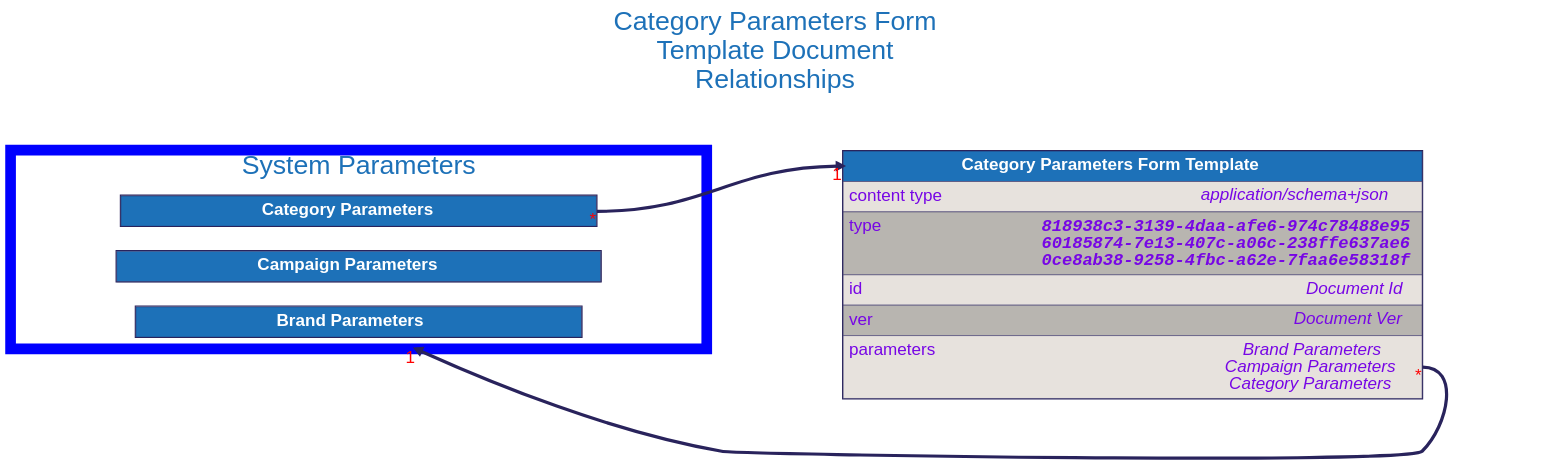
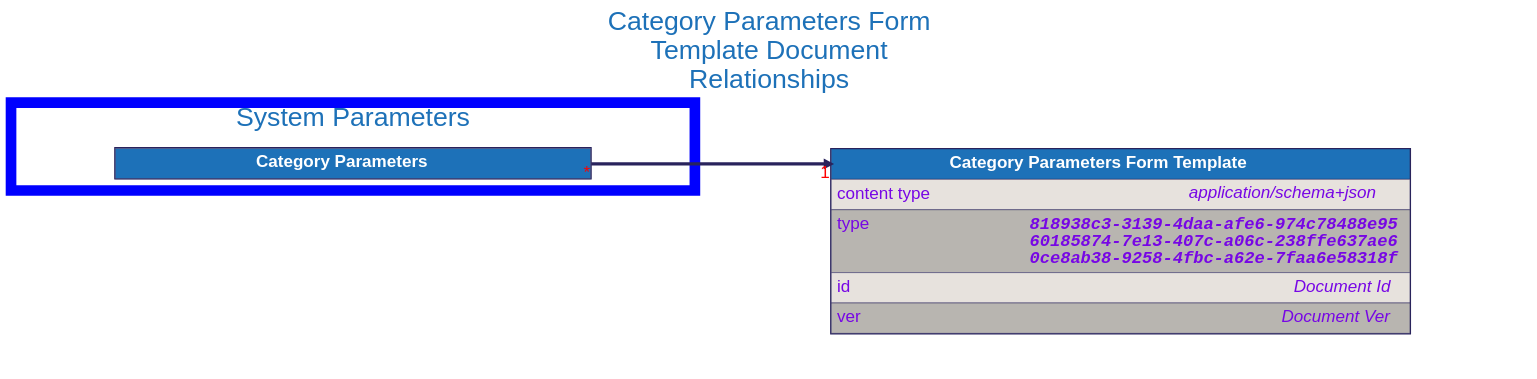
Before and after one commit to input-output-hk/catalyst-libs: the diagram in docs/src/architecture/08_concepts/signed_doc/diagrams/category_parameters_form_template.dot, drawn with Graphviz. The commit also changed 15 other files, not shown here.

```diff
--- a/docs/src/architecture/08_concepts/signed_doc/diagrams/category_parameters_form_template.dot
+++ b/docs/src/architecture/08_concepts/signed_doc/diagrams/category_parameters_form_template.dot
@@ -1,135 +1,94 @@
 digraph "Category Parameters Form Template" {
     rankdir="LR"
     graph [fontname="helvetica", fontsize="32", fontcolor="#29235c", bgcolor="white"];
     node [penwidth="0", margin="0", fontname="helvetica", fontsize="32", fontcolor="#29235c"];
     edge [fontname="helvetica", fontsize="32", fontcolor="red", color="#29235c"];
 
     labelloc="t"
     label="Category Parameters Form
 Template Document
 Relationships"
     fontcolor="#1d71b8"
     fontsize=50
     compound=true
 
 
-
-    subgraph cluster_system_parameters {
-        label = "System Parameters";
-        color=blue
-        penwidth=20
-
-        "Brand Parameters" [
-            id="Brand Parameters";
-            label=<
-                <TABLE BORDER="2" COLOR="#29235c" CELLBORDER="1" CELLSPACING="0" CELLPADDING="10">
-                <TR>
-                    <TD PORT="title" BGCOLOR="#1d71b8" HREF="../brand_parameters/">
-                        <FONT COLOR="#ffffff"><B> Brand Parameters </B></FONT>
-                    </TD>
-                </TR>
-
-                </TABLE>
-            >
-        ];
-
-
-        "Campaign Parameters" [
-            id="Campaign Parameters";
-            label=<
-                <TABLE BORDER="2" COLOR="#29235c" CELLBORDER="1" CELLSPACING="0" CELLPADDING="10">
-                <TR>
-                    <TD PORT="title" BGCOLOR="#1d71b8" HREF="../campaign_parameters/">
-                        <FONT COLOR="#ffffff"><B> Campaign Parameters </B></FONT>
-                    </TD>
-                </TR>
-
-                </TABLE>
-            >
-        ];
-
-
-        "Category Parameters" [
-            id="Category Parameters";
-            label=<
-                <TABLE BORDER="2" COLOR="#29235c" CELLBORDER="1" CELLSPACING="0" CELLPADDING="10">
-                <TR>
-                    <TD PORT="title" BGCOLOR="#1d71b8" HREF="../category_parameters/">
-                        <FONT COLOR="#ffffff"><B> Category Parameters </B></FONT>
-                    </TD>
-                </TR>
-
-                </TABLE>
-            >
-        ];
-
-    }
 
     "Category Parameters Form Template" [
         id="Category Parameters Form Template";
         label=<
             <TABLE BORDER="2" COLOR="#29235c" CELLBORDER="1" CELLSPACING="0" CELLPADDING="10">
             <TR>
                 <TD PORT="title" BGCOLOR="#1d71b8" HREF="../category_parameters_form_template/">
                     <FONT COLOR="#ffffff"><B> Category Parameters Form Template </B></FONT>
                 </TD>
             </TR>
             <TR>
                 <TD ALIGN="LEFT" PORT="content type" BGCOLOR="#e7e2dd">
                     <TABLE CELLPADDING="0" CELLSPACING="0" BORDER="0">
                         <TR>
                             <TD ALIGN="LEFT" VALIGN="TOP" WIDTH="200"><FONT COLOR="#7706E5">content type</FONT></TD>
                             <TD ALIGN="RIGHT"><FONT COLOR="#7706E5"><I>application/schema+json</I></FONT></TD>
                         </TR>
                     </TABLE>
                 </TD>
             </TR>
             <TR>
                 <TD ALIGN="LEFT" PORT="type" BGCOLOR="#b8b5b0">
                     <TABLE CELLPADDING="0" CELLSPACING="0" BORDER="0">
                         <TR>
                             <TD ALIGN="LEFT" VALIGN="TOP" WIDTH="200"><FONT COLOR="#7706E5">type</FONT></TD>
                             <TD ALIGN="RIGHT"><FONT FACE="Courier" COLOR="#7706E5"><B><I>818938c3-3139-4daa-afe6-974c78488e95<BR />60185874-7e13-407c-a06c-238ffe637ae6<BR />0ce8ab38-9258-4fbc-a62e-7faa6e58318f</I></B></FONT></TD>
                         </TR>
                     </TABLE>
                 </TD>
             </TR>
             <TR>
                 <TD ALIGN="LEFT" PORT="id" BGCOLOR="#e7e2dd">
                     <TABLE CELLPADDING="0" CELLSPACING="0" BORDER="0">
                         <TR>
                             <TD ALIGN="LEFT" VALIGN="TOP" WIDTH="200"><FONT COLOR="#7706E5">id</FONT></TD>
                             <TD ALIGN="RIGHT"><FONT COLOR="#7706E5"><I>Document Id</I></FONT></TD>
                         </TR>
                     </TABLE>
                 </TD>
             </TR>
             <TR>
                 <TD ALIGN="LEFT" PORT="ver" BGCOLOR="#b8b5b0">
                     <TABLE CELLPADDING="0" CELLSPACING="0" BORDER="0">
                         <TR>
                             <TD ALIGN="LEFT" VALIGN="TOP" WIDTH="200"><FONT COLOR="#7706E5">ver</FONT></TD>
                             <TD ALIGN="RIGHT"><FONT COLOR="#7706E5"><I>Document Ver</I></FONT></TD>
                         </TR>
                     </TABLE>
                 </TD>
             </TR>
-            <TR>
-                <TD ALIGN="LEFT" PORT="parameters" BGCOLOR="#e7e2dd">
-                    <TABLE CELLPADDING="0" CELLSPACING="0" BORDER="0">
-                        <TR>
-                            <TD ALIGN="LEFT" VALIGN="TOP" WIDTH="200"><FONT COLOR="#7706E5">parameters</FONT></TD>
-                            <TD ALIGN="RIGHT"><FONT COLOR="#7706E5"><I>Brand Parameters<BR />Campaign Parameters<BR />Category Parameters</I></FONT></TD>
-                        </TR>
-                    </TABLE>
-                </TD>
-            </TR>
 
             </TABLE>
         >
     ];
 
 
-    "Category Parameters Form Template":"parameters":e -> "Brand Parameters" [dir=forward, penwidth=6, color="#29235c", headlabel="1", taillabel="*", lhead="cluster_system_parameters"]
+    subgraph cluster_system_parameters {
+        label = "System Parameters";
+        color=blue
+        penwidth=20
+
+        "Category Parameters" [
+            id="Category Parameters";
+            label=<
+                <TABLE BORDER="2" COLOR="#29235c" CELLBORDER="1" CELLSPACING="0" CELLPADDING="10">
+                <TR>
+                    <TD PORT="title" BGCOLOR="#1d71b8" HREF="../category_parameters/">
+                        <FONT COLOR="#ffffff"><B> Category Parameters </B></FONT>
+                    </TD>
+                </TR>
+
+                </TABLE>
+            >
+        ];
+
+    }
+
     "Category Parameters":"title":e -> "Category Parameters Form Template":"title":w [dir=forward, penwidth=6, color="#29235c", headlabel="1", taillabel="*"]
 }
```
